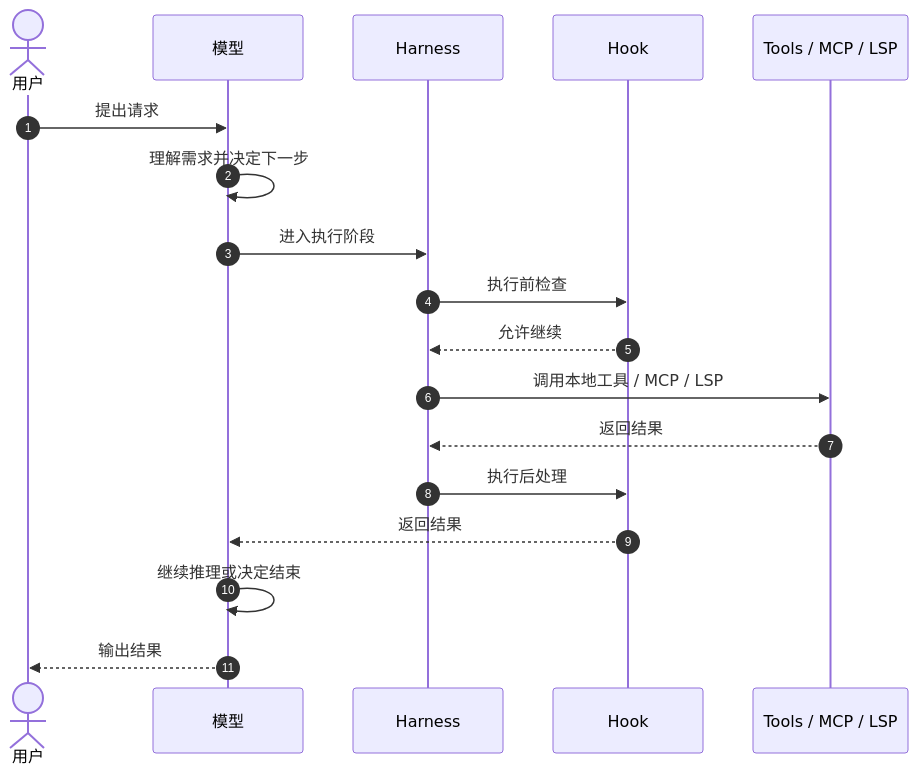
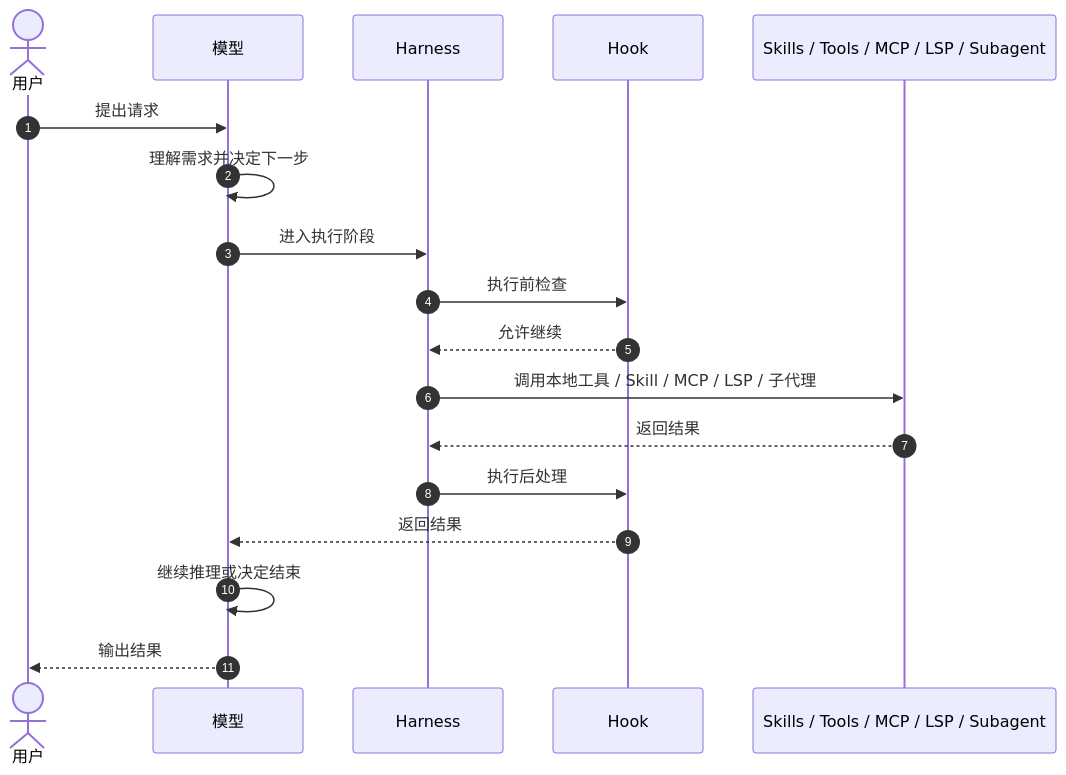
Before and after one commit to boycecong-hue/OCTOPUS-GAME-AI-SHARE: the first of 8 diagrams in sections/02-terms.md, drawn with Mermaid. The commit also changed other lines of this file, not shown here.

````diff
--- a/sections/02-terms.md
+++ b/sections/02-terms.md
@@ -31,21 +44,21 @@
 ```mermaid
 sequenceDiagram
     autonumber
     actor User as 用户
     participant Model as 模型
     participant Harness as Harness
     participant Hook as Hook
-    participant Tooling as Tools / MCP / LSP
+    participant Capability as Skills / Tools / MCP / LSP / Subagent
 
     User->>Model: 提出请求
     Model->>Model: 理解需求并决定下一步
     Model->>Harness: 进入执行阶段
     Harness->>Hook: 执行前检查
     Hook-->>Harness: 允许继续
-    Harness->>Tooling: 调用本地工具 / MCP / LSP
-    Tooling-->>Harness: 返回结果
+    Harness->>Capability: 调用本地工具 / Skill / MCP / LSP / 子代理
+    Capability-->>Harness: 返回结果
     Harness->>Hook: 执行后处理
     Hook-->>Model: 返回结果
     Model->>Model: 继续推理或决定结束
     Model-->>User: 输出结果
 ```
````
